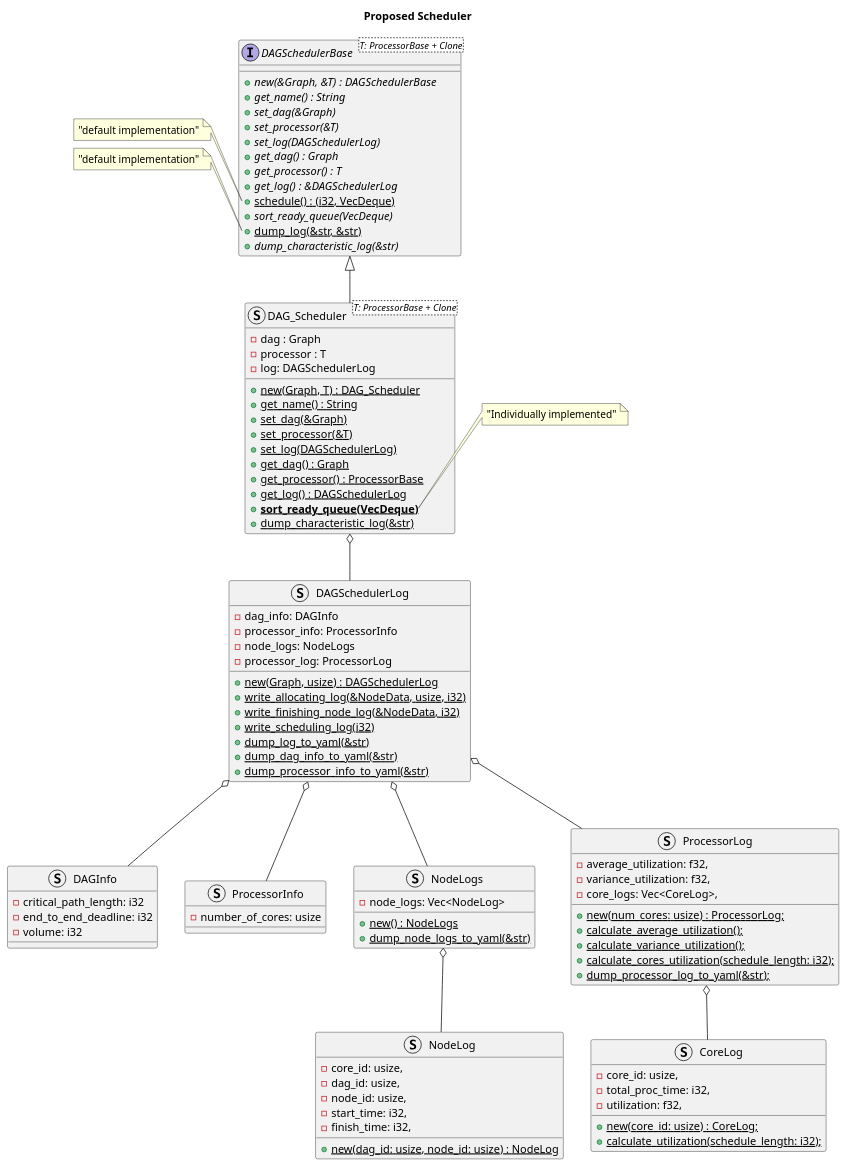
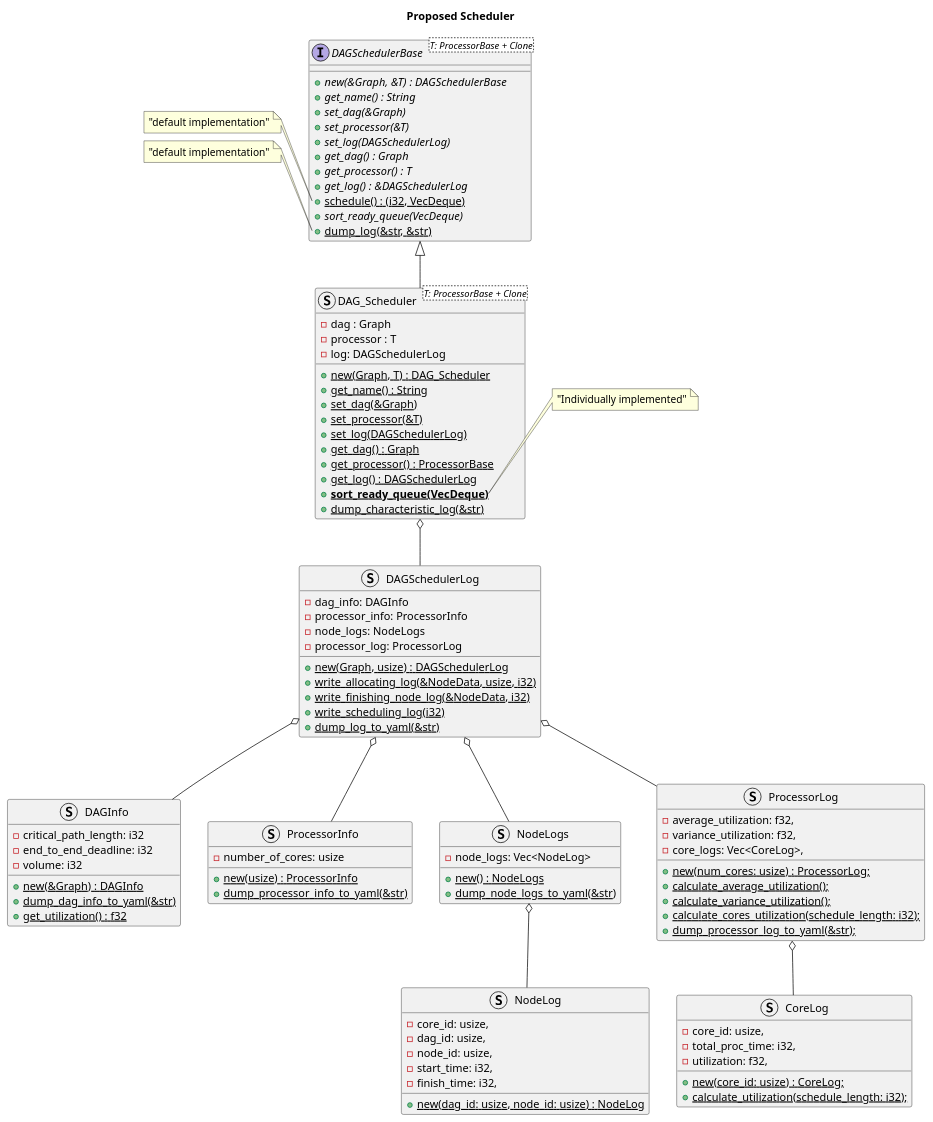
One commit to emb4-team/sched_sim_rust changed the diagram in UML/DAGScheduler.pu. Above: the diagram before and after it, drawn with PlantUML. The commit also changed 5 other files, not shown here.

```diff
--- a/UML/DAGScheduler.pu
+++ b/UML/DAGScheduler.pu
@@ -1,122 +1,127 @@
 @startuml DAG_Scheduler
 title Proposed Scheduler
 
     interface DAGSchedulerBase<T: ProcessorBase + Clone> {
         + {abstract} new(&Graph, &T) : DAGSchedulerBase
         + {abstract} get_name() : String
         + {abstract} set_dag(&Graph)
         + {abstract} set_processor(&T)
         + {abstract} set_log(DAGSchedulerLog)
         + {abstract} get_dag() : Graph
         + {abstract} get_processor() : T
         + {abstract} get_log() : &DAGSchedulerLog
         + {static} schedule() : (i32, VecDeque)
         + {abstract} sort_ready_queue(VecDeque)
         + {static} dump_log(&str, &str)
-        + {abstract} dump_characteristic_log(&str)
     }
 
     note left of DAGSchedulerBase::schedule
     "default implementation"
     end note
 
     note left of DAGSchedulerBase::dump_log
     "default implementation"
     end note
 
     struct DAGInfo {
         - critical_path_length: i32
         - end_to_end_deadline: i32
         - volume: i32
+
+        + {static} new(&Graph) : DAGInfo
+        + {static} dump_dag_info_to_yaml(&str)
+        + {static} get_utilization() : f32
+
     }
 
     struct ProcessorInfo {
         - number_of_cores: usize
+
+        + {static} new(usize) : ProcessorInfo
+        + {static} dump_processor_info_to_yaml(&str)
     }
 
     struct DAGSchedulerLog {
         - dag_info: DAGInfo
         - processor_info: ProcessorInfo
         - node_logs: NodeLogs
         - processor_log: ProcessorLog
 
         + {static} new(Graph, usize) : DAGSchedulerLog
         + {static} write_allocating_log(&NodeData, usize, i32)
         + {static} write_finishing_node_log(&NodeData, i32)
         + {static} write_scheduling_log(i32)
         + {static} dump_log_to_yaml(&str)
-        + {static} dump_dag_info_to_yaml(&str)
-        + {static} dump_processor_info_to_yaml(&str)
     }
 
     struct DAG_Scheduler<T: ProcessorBase + Clone> {
         - dag : Graph
         - processor : T
         - log: DAGSchedulerLog
         + {static} new(Graph, T) : DAG_Scheduler
         + {static} get_name() : String
         + {static} set_dag(&Graph)
         + {static} set_processor(&T)
         + {static} set_log(DAGSchedulerLog)
         + {static} get_dag() : Graph
         + {static} get_processor() : ProcessorBase
         + {static} get_log() : DAGSchedulerLog
         + **{static} sort_ready_queue(VecDeque)**
         + {static} dump_characteristic_log(&str)
     }
 
     note right of DAG_Scheduler::sort_ready_queue
     "Individually implemented"
     end note
 
     struct NodeLogs {
         - node_logs: Vec<NodeLog>
 
         + {static} new() : NodeLogs
         + {static} dump_node_logs_to_yaml(&str)
     }
     
     struct NodeLog {
         - core_id: usize,
         - dag_id: usize,
         - node_id: usize,
         - start_time: i32,
         - finish_time: i32,
 
         + {static} new(dag_id: usize, node_id: usize) : NodeLog
     }
 
     struct ProcessorLog {
         - average_utilization: f32,
         - variance_utilization: f32,
         - core_logs: Vec<CoreLog>,
 
         + {static} new(num_cores: usize) : ProcessorLog;
         + {static} calculate_average_utilization();
         + {static} calculate_variance_utilization();
         + {static} calculate_cores_utilization(schedule_length: i32);
         + {static} dump_processor_log_to_yaml(&str);
     }
 
     struct CoreLog {
         - core_id: usize,
         - total_proc_time: i32,
         - utilization: f32,
 
         + {static} new(core_id: usize) : CoreLog;
         + {static} calculate_utilization(schedule_length: i32);
     }  
 
     DAGSchedulerBase <|-down- DAG_Scheduler
 
     DAGSchedulerLog o-down- DAGInfo
     DAGSchedulerLog o-down- ProcessorInfo
 
     DAG_Scheduler o-down- DAGSchedulerLog
     DAGSchedulerLog o-down- NodeLogs
     NodeLogs o-down- NodeLog
     DAGSchedulerLog o-down- ProcessorLog
     ProcessorLog o-down- CoreLog
 
 
 @enduml
```
